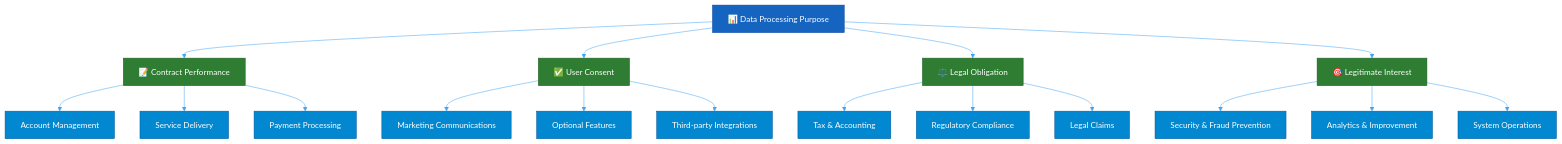
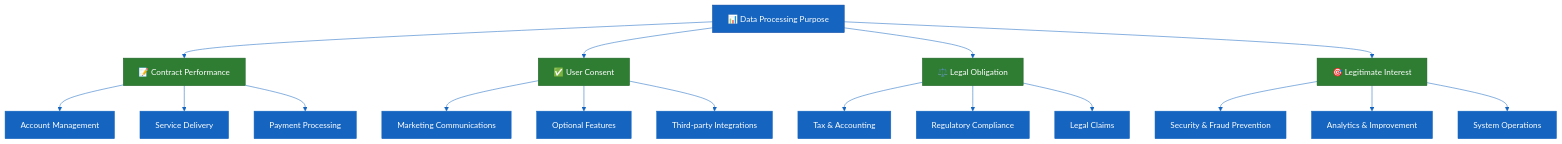
One commit to Hack23/ISMS-PUBLIC changed the first of 6 diagrams in Privacy_Policy.md. Above: the diagram before and after it, drawn with Mermaid. The commit also changed other lines of this file and 35 other files, not shown here.

````diff
--- a/Privacy_Policy.md
+++ b/Privacy_Policy.md
@@ -185,45 +185,45 @@
 ```mermaid
 %%{
   init: {
     'theme': 'base',
     'themeVariables': {
-      'primaryColor': '#e3f2fd',
-      'primaryTextColor': '#0d47a1',
-      'lineColor': '#42a5f5',
-      'secondaryColor': '#c8e6c9',
-      'tertiaryColor': '#fff3e0'
+      'primaryColor': '#1565C0',
+      'primaryTextColor': '#0D47A1',
+      'lineColor': '#1565C0',
+      'secondaryColor': '#4CAF50',
+      'tertiaryColor': '#FF9800'
     }
   }
 }%%
 flowchart TD
     PURPOSE[📊 Data Processing Purpose]
     
     PURPOSE --> CONTRACT[📝 Contract Performance]
     PURPOSE --> CONSENT[✅ User Consent]
     PURPOSE --> LEGAL[⚖️ Legal Obligation]
     PURPOSE --> LEGIT[🎯 Legitimate Interest]
     
     CONTRACT --> C1[Account Management]
     CONTRACT --> C2[Service Delivery]
     CONTRACT --> C3[Payment Processing]
     
     CONSENT --> CO1[Marketing Communications]
     CONSENT --> CO2[Optional Features]
     CONSENT --> CO3[Third-party Integrations]
     
     LEGAL --> L1[Tax & Accounting]
     LEGAL --> L2[Regulatory Compliance]
     LEGAL --> L3[Legal Claims]
     
     LEGIT --> LI1[Security & Fraud Prevention]
     LEGIT --> LI2[Analytics & Improvement]
     LEGIT --> LI3[System Operations]
     
     classDef purposeStyle fill:#1565C0,stroke:#0D47A1,color:#fff
     classDef basisStyle fill:#2E7D32,stroke:#1B5E20,color:#fff
-    classDef itemStyle fill:#0288D1,stroke:#01579B,color:#fff
+    classDef itemStyle fill:#1565C0,stroke:#1565C0,color:#fff
     
     class PURPOSE purposeStyle
     class CONTRACT,CONSENT,LEGAL,LEGIT basisStyle
     class C1,C2,C3,CO1,CO2,CO3,L1,L2,L3,LI1,LI2,LI3 itemStyle
 ```
````
